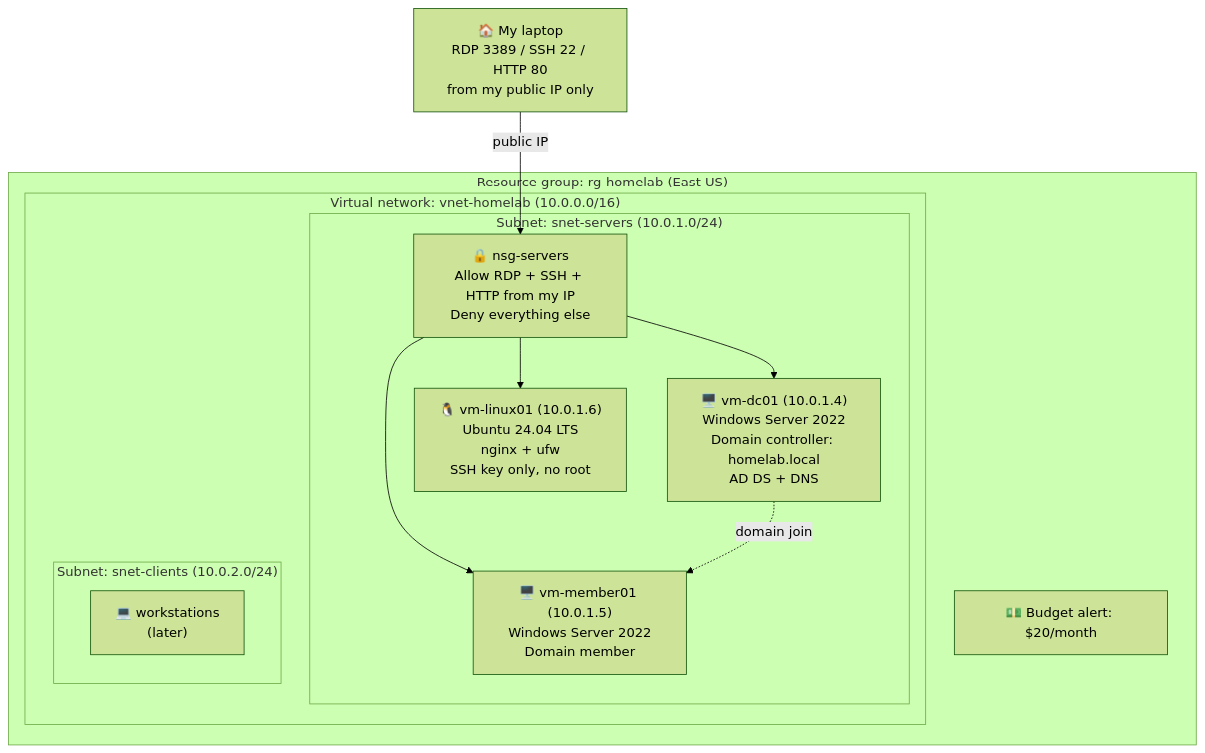
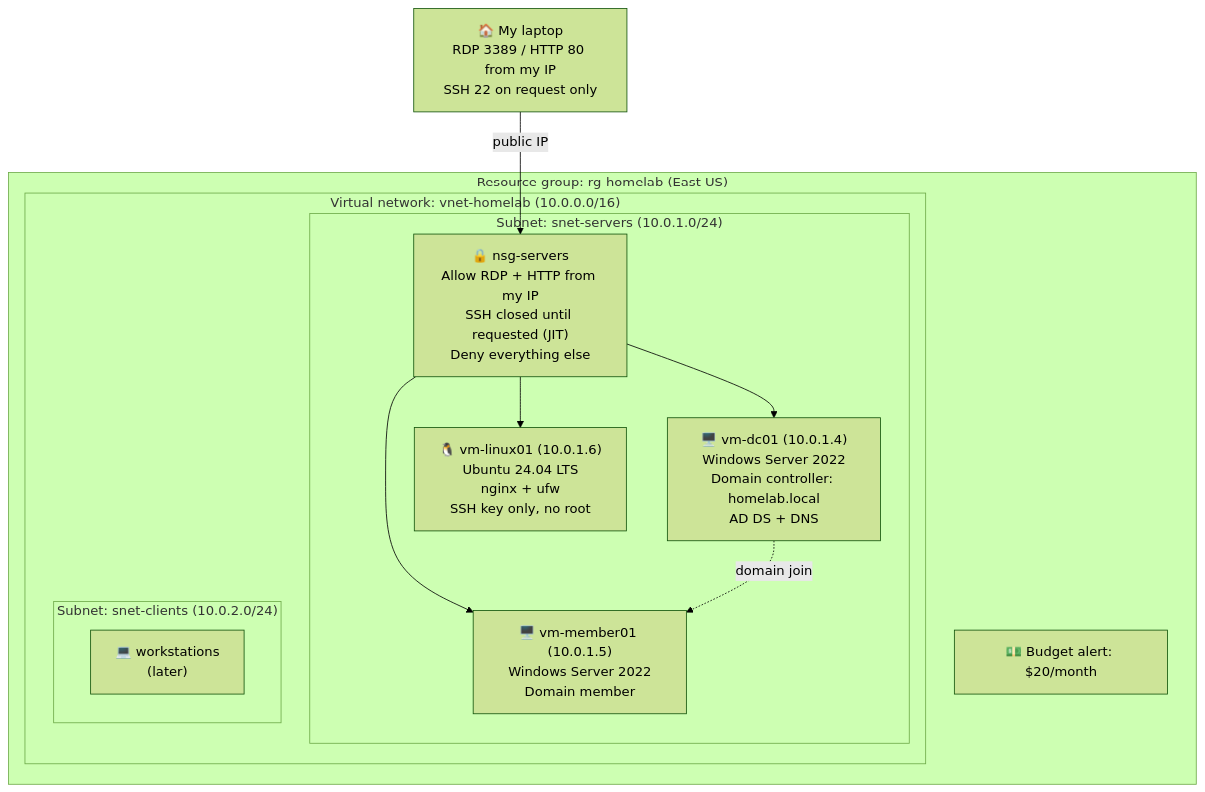
One commit to KyleG6495/azure-home-lab changed the diagram in README.md. Above: the diagram before and after it, drawn with Mermaid (forest theme). The commit also changed other lines of this file, not shown here.

Commit message:
Mark step 5 complete, update diagram for just-in-time SSH

````diff
--- a/README.md
+++ b/README.md
@@ -28,23 +28,23 @@
 ```mermaid
 flowchart TB
-    Home["🏠 My laptop<br/>RDP 3389 / SSH 22 / HTTP 80<br/>from my public IP only"]
+    Home["🏠 My laptop<br/>RDP 3389 / HTTP 80 from my IP<br/>SSH 22 on request only"]
     subgraph RG["Resource group: rg-homelab (East US)"]
         subgraph VNET["Virtual network: vnet-homelab (10.0.0.0/16)"]
             subgraph SRV["Subnet: snet-servers (10.0.1.0/24)"]
-                NSG["🔒 nsg-servers<br/>Allow RDP + SSH + HTTP from my IP<br/>Deny everything else"]
+                NSG["🔒 nsg-servers<br/>Allow RDP + HTTP from my IP<br/>SSH closed until requested (JIT)<br/>Deny everything else"]
                 DC["🖥️ vm-dc01 (10.0.1.4)<br/>Windows Server 2022<br/>Domain controller: homelab.local<br/>AD DS + DNS"]
                 MEM["🖥️ vm-member01 (10.0.1.5)<br/>Windows Server 2022<br/>Domain member"]
                 LNX["🐧 vm-linux01 (10.0.1.6)<br/>Ubuntu 24.04 LTS<br/>nginx + ufw<br/>SSH key only, no root"]
             end
             subgraph CLI["Subnet: snet-clients (10.0.2.0/24)"]
                 WS["💻 workstations<br/>(later)"]
             end
         end
         BUDGET["💵 Budget alert: $20/month"]
     end
     Home -->|"public IP"| NSG
     NSG --> DC
     NSG --> MEM
     NSG --> LNX
     DC -. "domain join" .-> MEM
 ```
````
